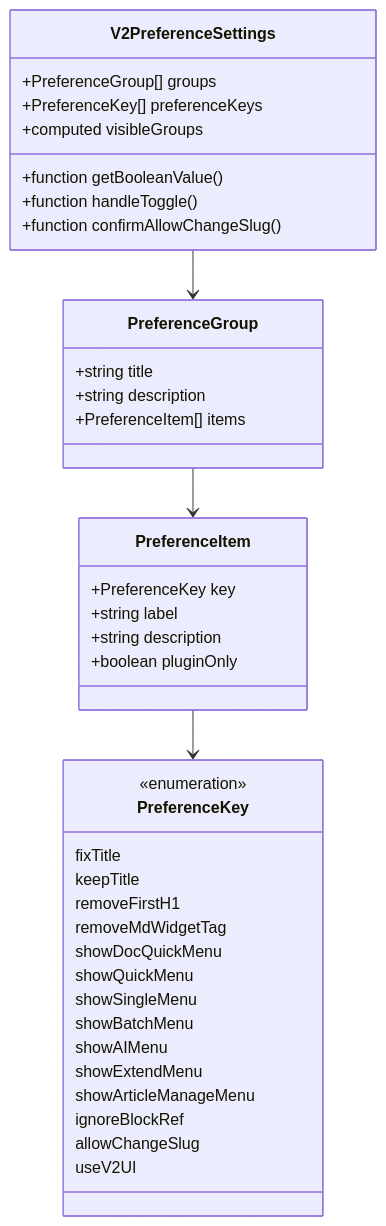
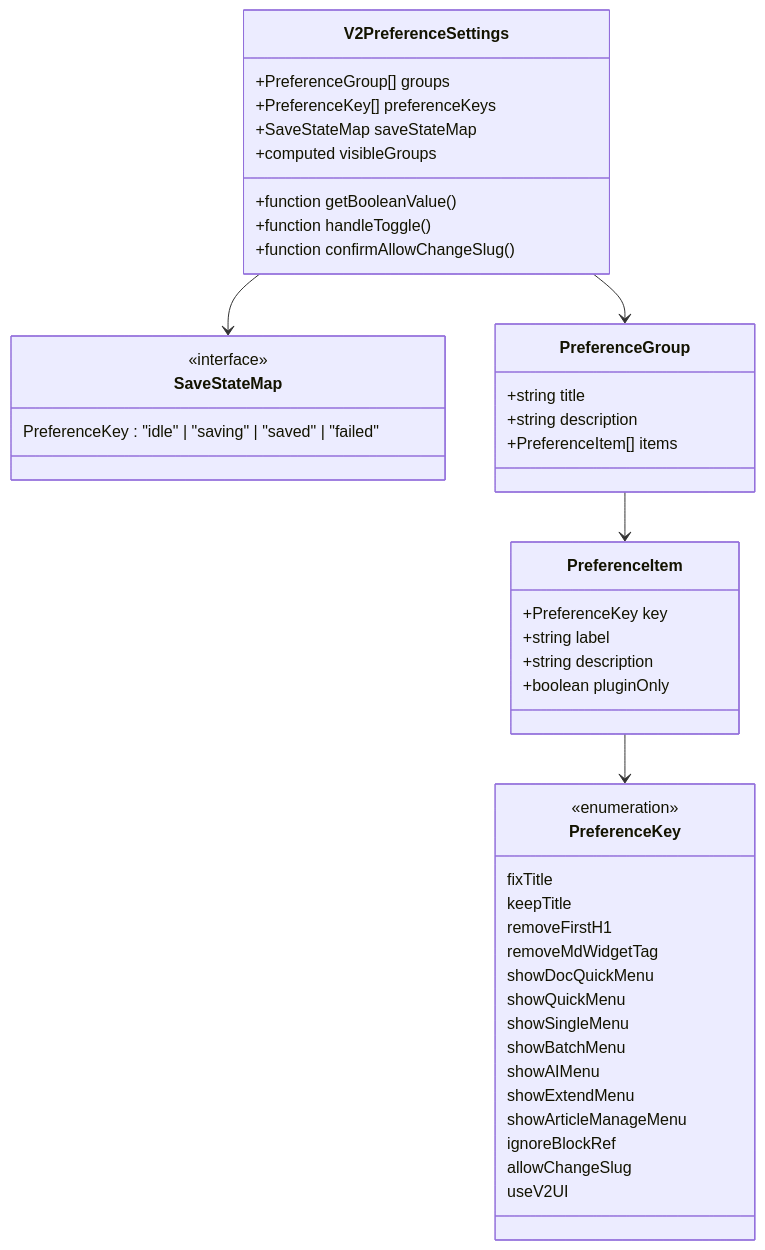
Before and after one commit to terwer/siyuan-plugin-publisher: the second of 11 diagrams in .qoder/repowiki/zh/content/用户界面组件/设置组件/偏好设置组件/V2 偏好设置组件.md, drawn with Mermaid. The commit also changed other lines of this file and 25 other files, not shown here.

````diff
--- a/.qoder/repowiki/zh/content/用户界面组件/设置组件/偏好设置组件/V2 偏好设置组件.md
+++ b/.qoder/repowiki/zh/content/用户界面组件/设置组件/偏好设置组件/V2 偏好设置组件.md
@@ -93,42 +116,48 @@
 ```mermaid
 classDiagram
 class V2PreferenceSettings {
 +PreferenceGroup[] groups
 +PreferenceKey[] preferenceKeys
++SaveStateMap saveStateMap
 +computed visibleGroups
 +function getBooleanValue()
 +function handleToggle()
 +function confirmAllowChangeSlug()
+}
+class SaveStateMap {
+<<interface>>
+PreferenceKey : "idle" | "saving" | "saved" | "failed"
 }
 class PreferenceGroup {
 +string title
 +string description
 +PreferenceItem[] items
 }
 class PreferenceItem {
 +PreferenceKey key
 +string label
 +string description
 +boolean pluginOnly
 }
 class PreferenceKey {
 <<enumeration>>
 fixTitle
 keepTitle
 removeFirstH1
 removeMdWidgetTag
 showDocQuickMenu
 showQuickMenu
 showSingleMenu
 showBatchMenu
 showAIMenu
 showExtendMenu
 showArticleManageMenu
 ignoreBlockRef
 allowChangeSlug
 useV2UI
 }
+V2PreferenceSettings --> SaveStateMap
 V2PreferenceSettings --> PreferenceGroup
 PreferenceGroup --> PreferenceItem
 PreferenceItem --> PreferenceKey
 ```
````
